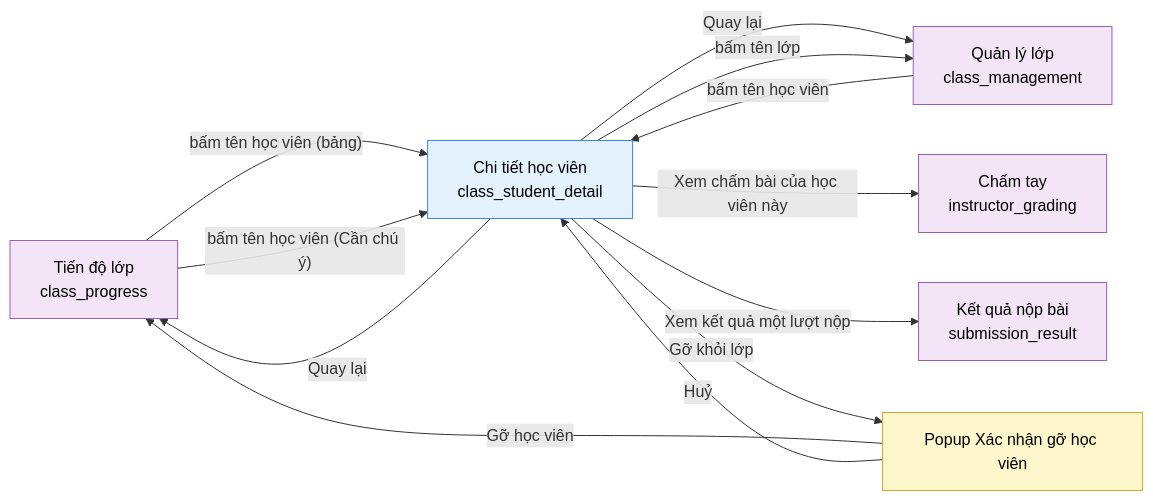
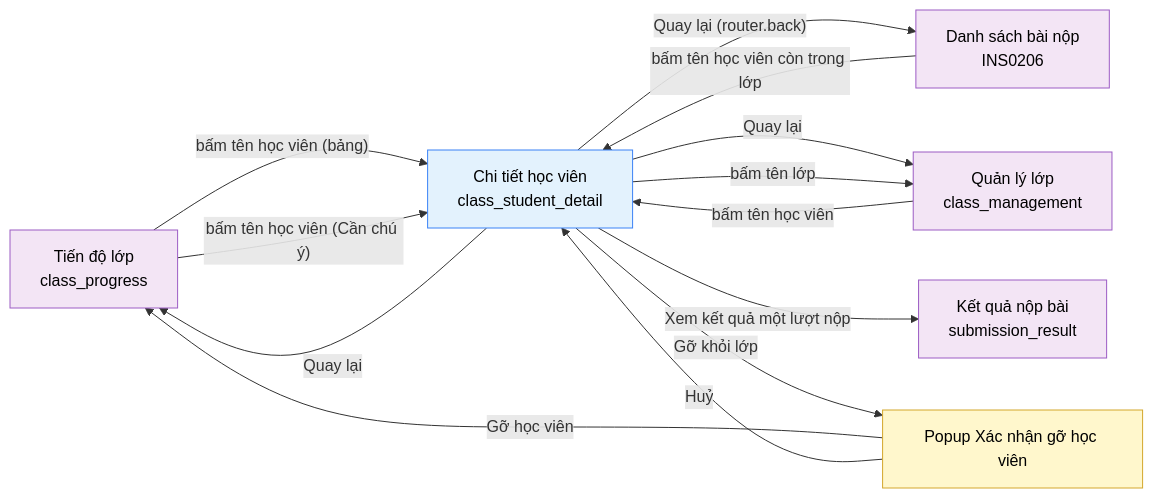
Before and after one commit to daiphu1801/PRJ_ALGOPREP: the diagram in 02-bd/screens/teacher/INS0204_class_student_detail.md, drawn with Mermaid. The commit also changed other lines of this file and 458 other files, not shown here.

````diff
--- a/02-bd/screens/teacher/INS0204_class_student_detail.md
+++ b/02-bd/screens/teacher/INS0204_class_student_detail.md
@@ -249,22 +265,23 @@
 ```mermaid
 flowchart LR
     progress["Tiến độ lớp<br/>class_progress"] -->|"bấm tên học viên (bảng)"| main["Chi tiết học viên<br/>class_student_detail"]
     progress -->|"bấm tên học viên (Cần chú ý)"| main
     manage["Quản lý lớp<br/>class_management"] -->|"bấm tên học viên"| main
+    subs["Danh sách bài nộp<br/>INS0206"] -->|"bấm tên học viên còn trong lớp"| main
+    main -->|"Quay lại (router.back)"| subs
     main -->|"Quay lại"| progress
     main -->|"Quay lại"| manage
     main -->|"bấm tên lớp"| manage
-    main -->|"Xem chấm bài của học viên này"| grading["Chấm tay<br/>instructor_grading"]
     main -->|"Xem kết quả một lượt nộp"| result["Kết quả nộp bài<br/>submission_result"]
     main -->|"Gỡ khỏi lớp"| confirm["Popup Xác nhận gỡ học viên"]
     confirm -->|"Gỡ học viên"| progress
     confirm -->|"Huỷ"| main
 
     classDef source fill:#F3E5F5,stroke:#9C5CC4,color:#000
     classDef screen fill:#E3F2FD,stroke:#3B82F6,color:#000
     classDef popup fill:#FFF7CC,stroke:#D4A72C,color:#000
 
-    class progress,manage,grading,result source
+    class progress,manage,subs,result source
     class main screen
     class confirm popup
 ```
````
